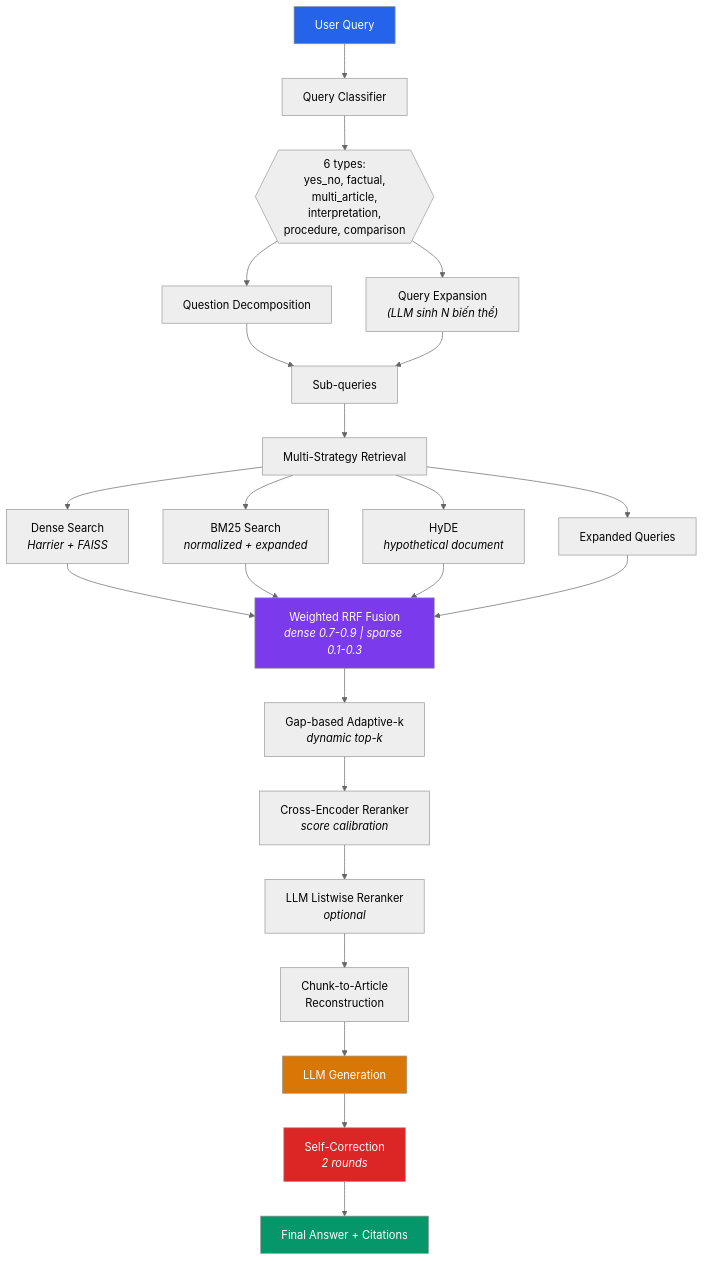
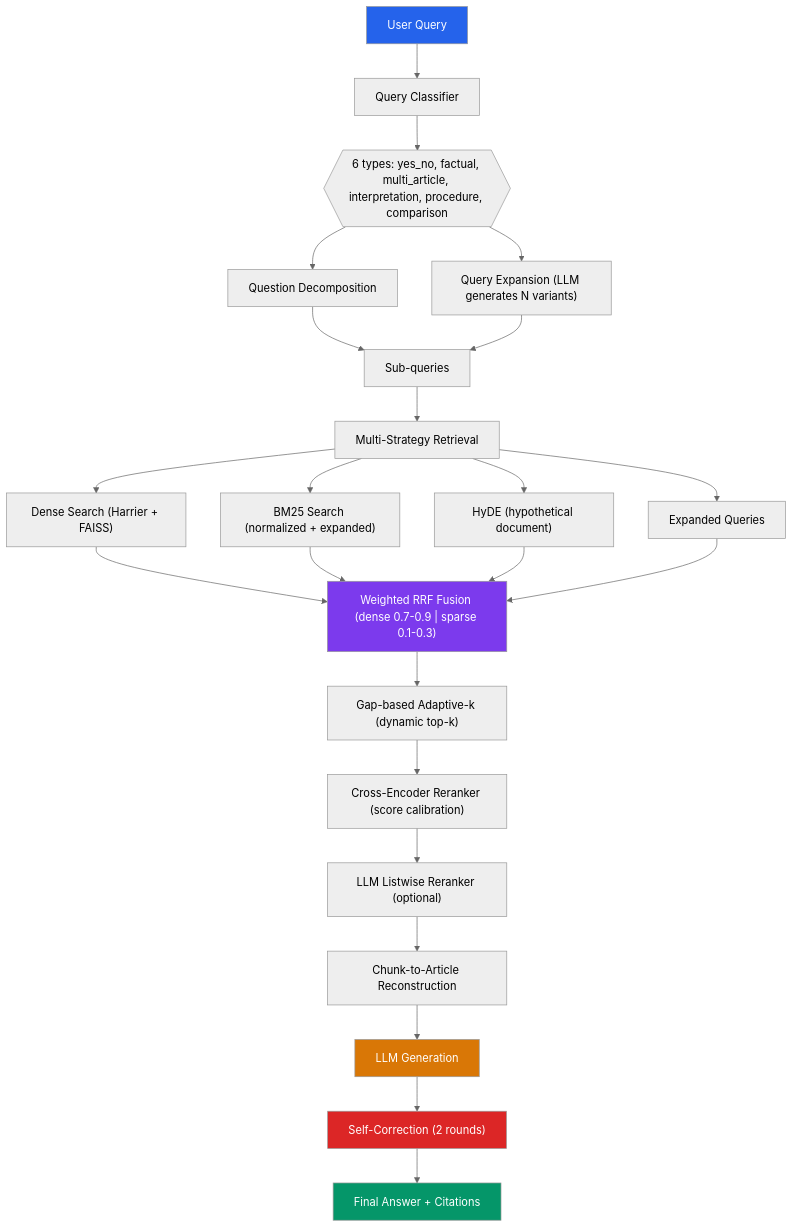
The diagram in README.md (noskaiser2310/AI_RAG_LEGAL), drawn with Mermaid (neutral theme) before and after one commit. The commit also changed other lines of this file and 41 other files, not shown here.

````diff
--- a/README.md
+++ b/README.md
@@ -10,35 +56,35 @@
 ```mermaid
 flowchart TD
     Q["User Query"] --> Classify["Query Classifier"]
-    Classify --> QT{{"6 types:<br/>yes_no, factual,<br/>multi_article,<br/>interpretation,<br/>procedure, comparison"}}
+    Classify --> QT{{"6 types: yes_no, factual, multi_article, interpretation, procedure, comparison"}}
     QT --> Decomp["Question Decomposition"]
-    QT --> Expand["Query Expansion<br/><i>(LLM sinh N biến thể)</i>"]
+    QT --> Expand["Query Expansion (LLM generates N variants)"]
 
     Decomp --> SubQ["Sub-queries"]
     Expand --> SubQ
 
     SubQ --> MultiRet["Multi-Strategy Retrieval"]
-    MultiRet --> Dense["Dense Search<br/><i>Harrier + FAISS</i>"]
-    MultiRet --> BM25["BM25 Search<br/><i>normalized + expanded</i>"]
-    MultiRet --> HyDE["HyDE<br/><i>hypothetical document</i>"]
+    MultiRet --> Dense["Dense Search (Harrier + FAISS)"]
+    MultiRet --> BM25["BM25 Search (normalized + expanded)"]
+    MultiRet --> HyDE["HyDE (hypothetical document)"]
     MultiRet --> ExpQ["Expanded Queries"]
 
     Dense --> RRF
     BM25 --> RRF
     HyDE --> RRF
     ExpQ --> RRF
 
-    RRF["Weighted RRF Fusion<br/><i>dense 0.7-0.9 | sparse 0.1-0.3</i>"] --> AdaptiveK["Gap-based Adaptive-k<br/><i>dynamic top-k</i>"]
-    AdaptiveK --> Rerank1["Cross-Encoder Reranker<br/><i>score calibration</i>"]
-    Rerank1 --> Rerank2["LLM Listwise Reranker<br/><i>optional</i>"]
-    Rerank2 --> Reconstruct["Chunk-to-Article<br/>Reconstruction"]
+    RRF["Weighted RRF Fusion (dense 0.7-0.9 | sparse 0.1-0.3)"] --> AdaptiveK["Gap-based Adaptive-k (dynamic top-k)"]
+    AdaptiveK --> Rerank1["Cross-Encoder Reranker (score calibration)"]
+    Rerank1 --> Rerank2["LLM Listwise Reranker (optional)"]
+    Rerank2 --> Reconstruct["Chunk-to-Article Reconstruction"]
     Reconstruct --> Gen["LLM Generation"]
-    Gen --> Correct["Self-Correction<br/><i>2 rounds</i>"]
+    Gen --> Correct["Self-Correction (2 rounds)"]
     Correct --> Answer["Final Answer + Citations"]
 
     style Q fill:#2563eb,color:#fff
     style Answer fill:#059669,color:#fff
     style RRF fill:#7c3aed,color:#fff
     style Gen fill:#d97706,color:#fff
     style Correct fill:#dc2626,color:#fff
 ```
````
